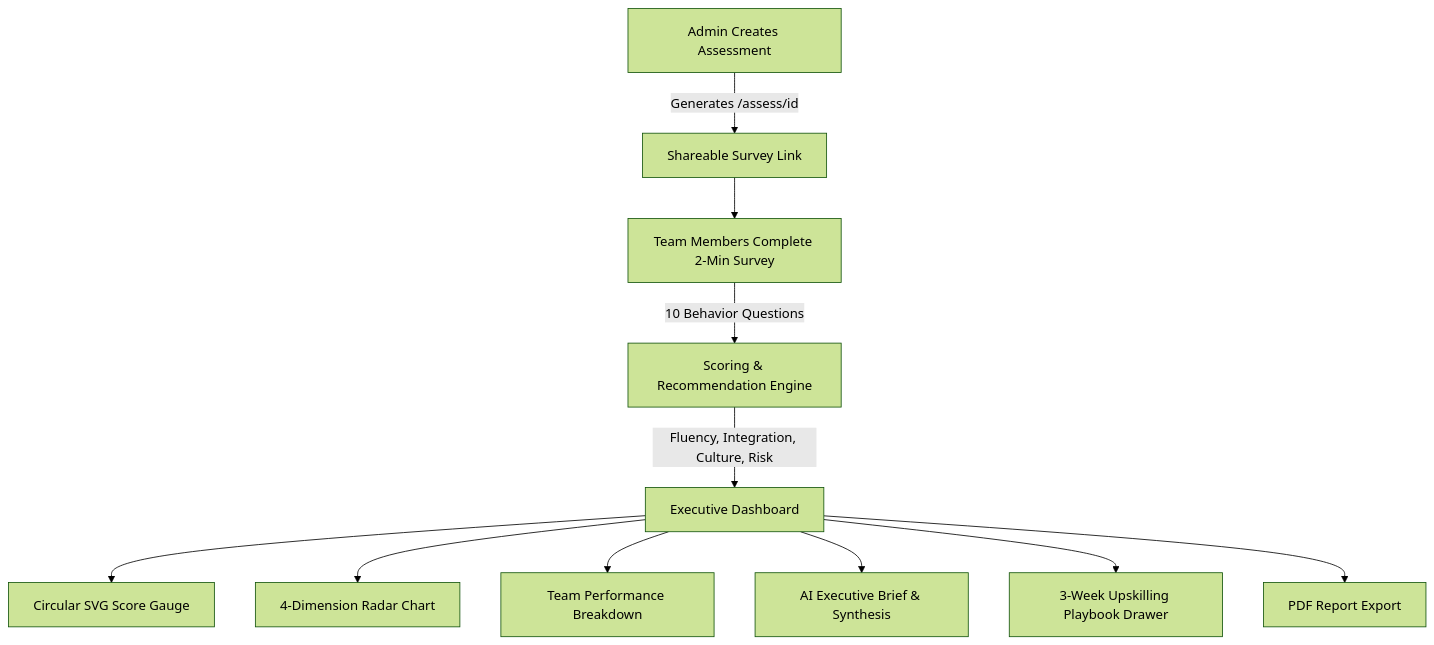
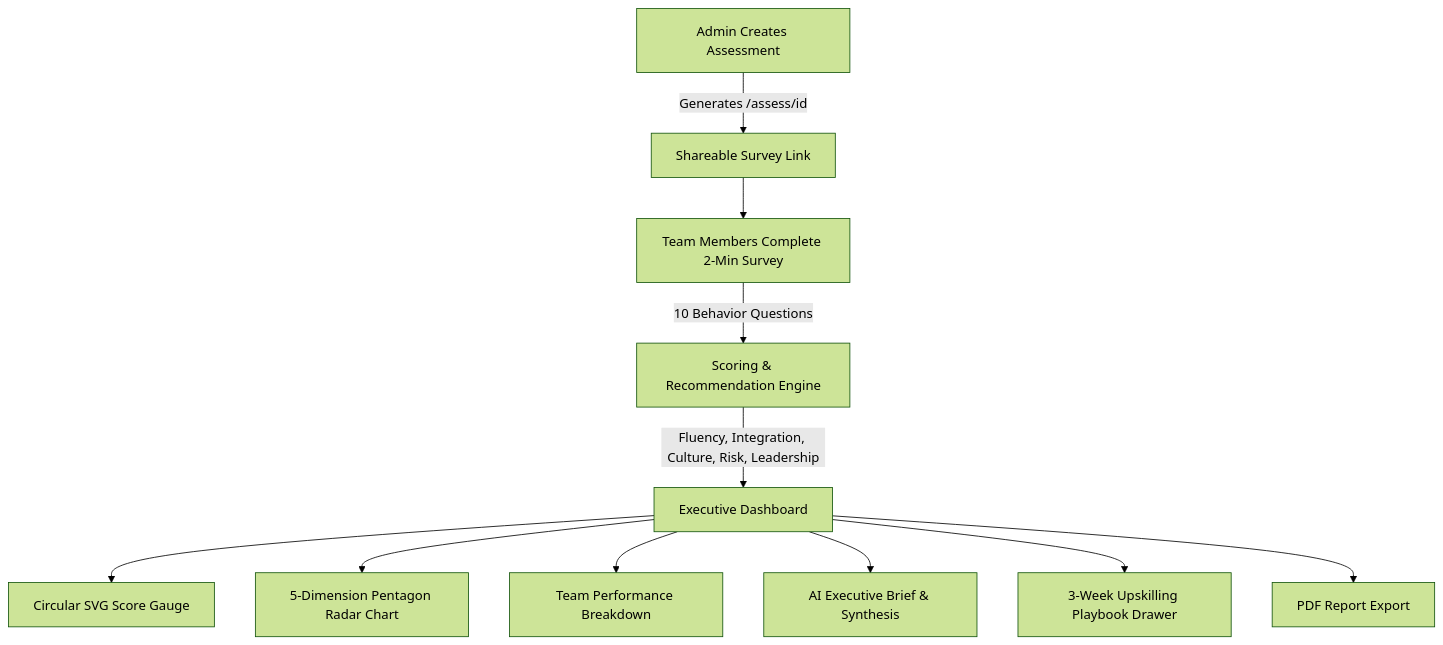
One commit to NTRajapaksha/ai-readiness changed the diagram in README.md. Above: the diagram before and after it, drawn with Mermaid (forest theme).

Commit message:
docs: update README system architecture diagram, dimension table, and math formulas for 5-dimension model

````diff
--- a/README.md
+++ b/README.md
@@ -29,13 +29,13 @@
 ```mermaid
 flowchart TD
     A[Admin Creates Assessment] -->|Generates /assess/id| B[Shareable Survey Link]
     B --> C[Team Members Complete 2-Min Survey]
     C -->|10 Behavior Questions| D[Scoring & Recommendation Engine]
-    D -->|Fluency, Integration, Culture, Risk| E[Executive Dashboard]
+    D -->|Fluency, Integration, Culture, Risk, Leadership| E[Executive Dashboard]
     E --> F[Circular SVG Score Gauge]
-    E --> G[4-Dimension Radar Chart]
+    E --> G[5-Dimension Pentagon Radar Chart]
     E --> H[Team Performance Breakdown]
     E --> I[AI Executive Brief & Synthesis]
     E --> J[3-Week Upskilling Playbook Drawer]
     E --> K[PDF Report Export]
 ```
````
